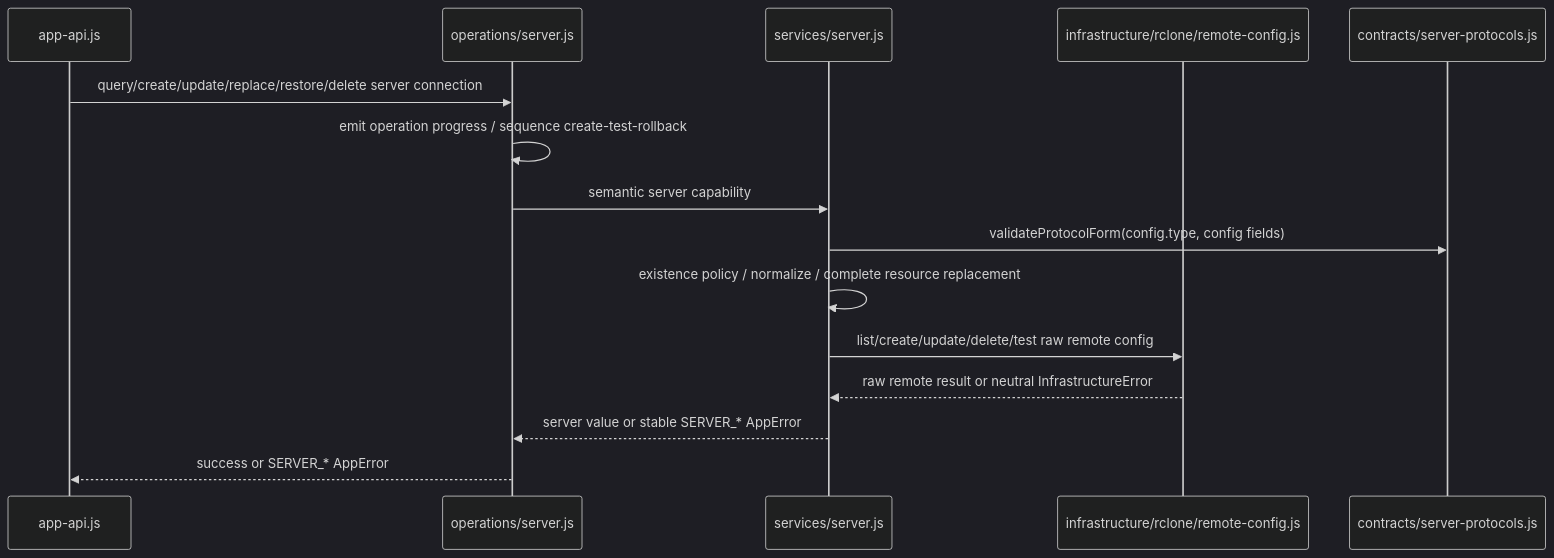
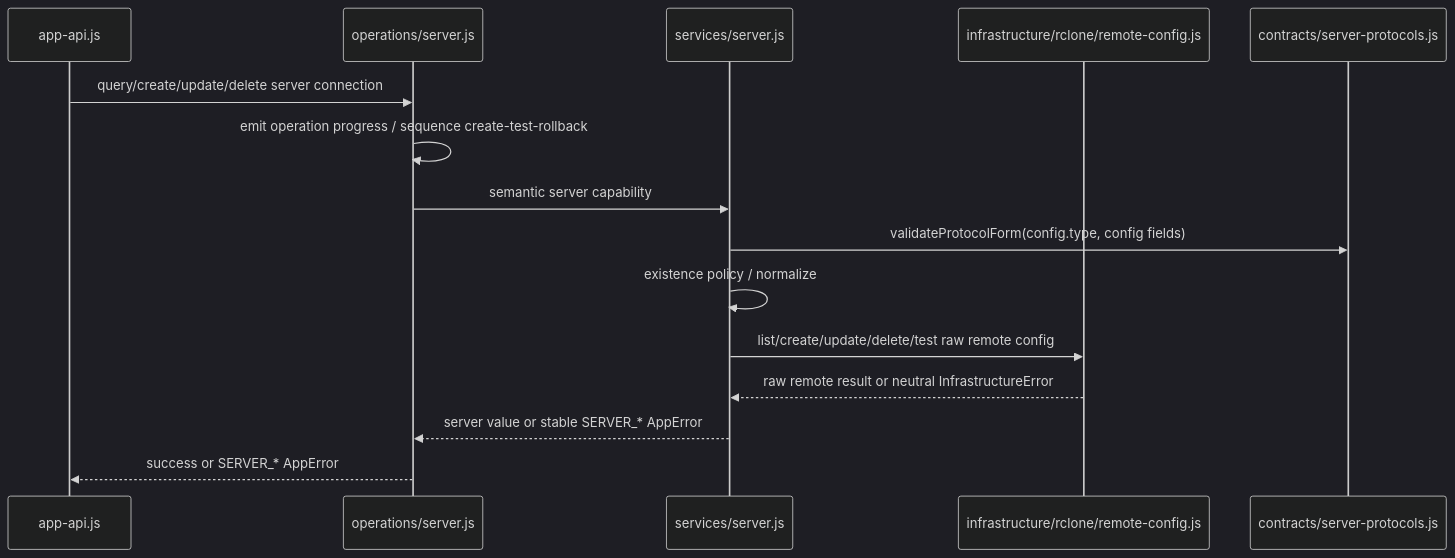
The third of 4 diagrams in docs/Architecture.md (agalloch21/sync-with-rclone), drawn with Mermaid (dark theme) before and after one commit. The commit also changed other lines of this file and 25 other files, not shown here.

````diff
--- a/docs/Architecture.md
+++ b/docs/Architecture.md
@@ -517,18 +517,18 @@
 ```mermaid
 sequenceDiagram
   participant APP as app-api.js
   participant SO as operations/server.js
   participant SS as services/server.js
   participant RC as infrastructure/rclone/remote-config.js
   participant PR as contracts/server-protocols.js
 
-  APP->>SO: query/create/update/replace/restore/delete server connection
+  APP->>SO: query/create/update/delete server connection
   SO->>SO: emit operation progress / sequence create-test-rollback
   SO->>SS: semantic server capability
   SS->>PR: validateProtocolForm(config.type, config fields)
-  SS->>SS: existence policy / normalize / complete resource replacement
+  SS->>SS: existence policy / normalize
   SS->>RC: list/create/update/delete/test raw remote config
   RC-->>SS: raw remote result or neutral InfrastructureError
   SS-->>SO: server value or stable SERVER_* AppError
   SO-->>APP: success or SERVER_* AppError
 ```
````
